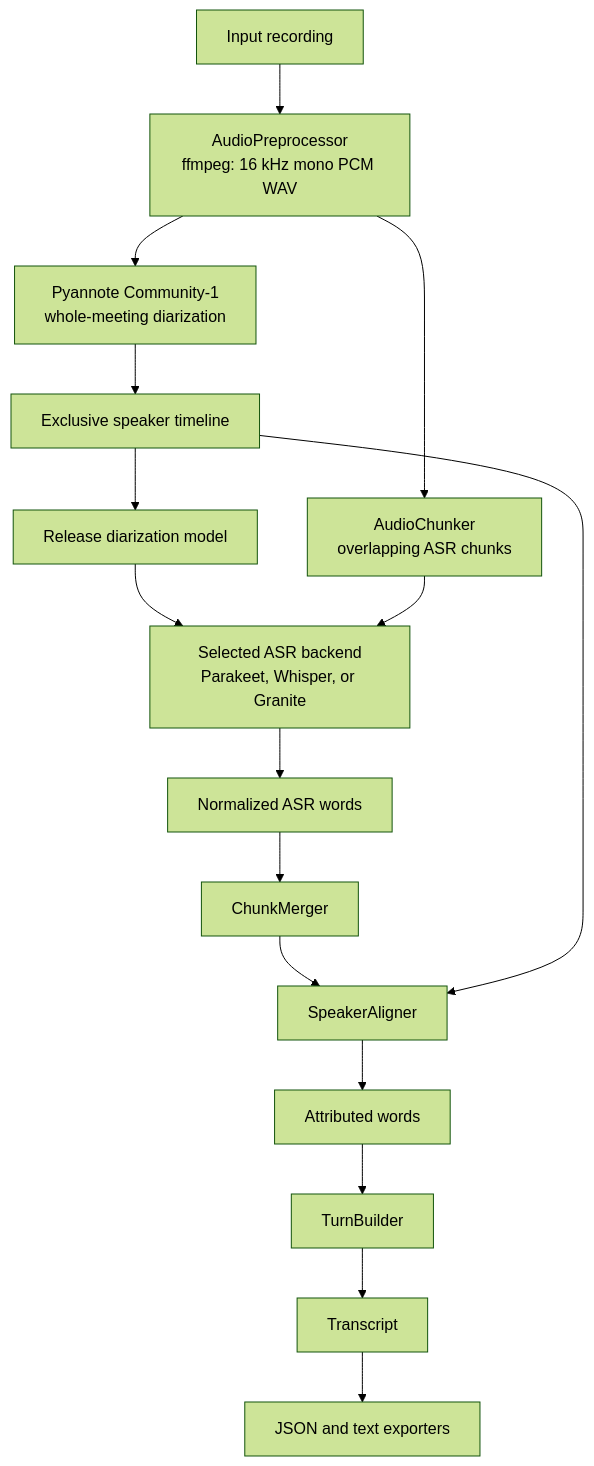
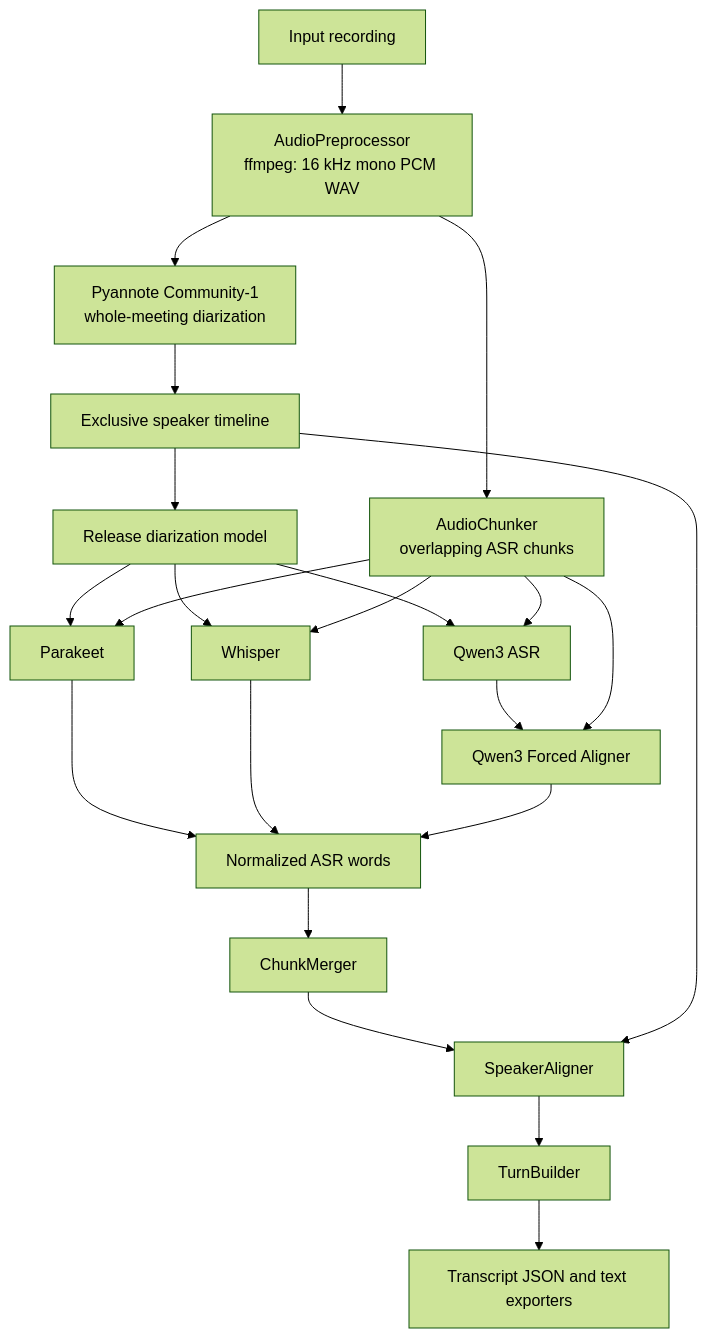
The diagram in README.md (balex42/transcription-pipeline), drawn with Mermaid (forest theme) before and after one commit. The commit also changed other lines of this file and 30 other files, not shown here.

Commit message:
Replace Granite with Qwen ASR

````diff
--- a/README.md
+++ b/README.md
@@ -7,18 +7,24 @@
 ```mermaid
 flowchart TD
     input[Input recording] --> normalize[AudioPreprocessor\nffmpeg: 16 kHz mono PCM WAV]
     normalize --> diarize[Pyannote Community-1\nwhole-meeting diarization]
     diarize --> timeline[Exclusive speaker timeline]
     timeline --> release[Release diarization model]
     normalize --> chunk[AudioChunker\noverlapping ASR chunks]
-    release --> asr[Selected ASR backend\nParakeet, Whisper, or Granite]
-    chunk --> asr
-    asr --> words[Normalized ASR words]
+    release --> parakeet[Parakeet]
+    release --> whisper[Whisper]
+    release --> qwen_asr[Qwen3 ASR]
+    chunk --> parakeet
+    chunk --> whisper
+    chunk --> qwen_asr
+    qwen_asr --> qwen_align[Qwen3 Forced Aligner]
+    chunk --> qwen_align
+    parakeet --> words[Normalized ASR words]
+    whisper --> words
+    qwen_align --> words
     words --> merge[ChunkMerger]
     merge --> align[SpeakerAligner]
     timeline --> align
-    align --> attributed[Attributed words]
-    attributed --> turns[TurnBuilder]
-    turns --> transcript[Transcript]
-    transcript --> export[JSON and text exporters]
+    align --> turns[TurnBuilder]
+    turns --> export[Transcript JSON and text exporters]
 ```
````
